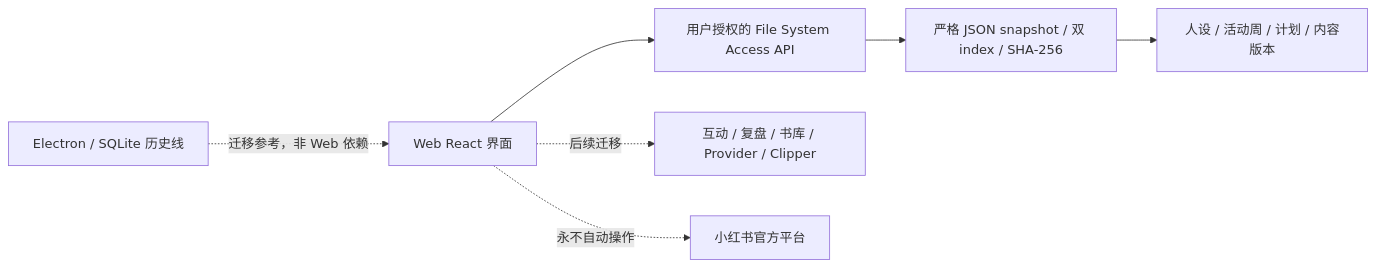
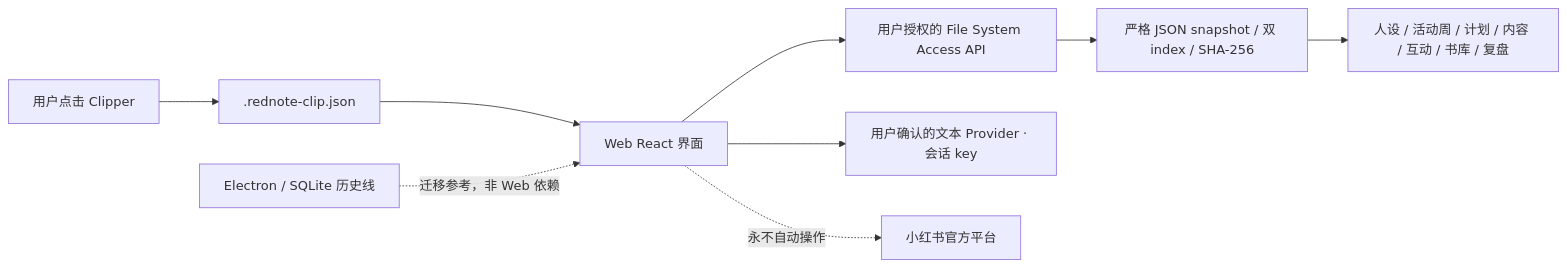
Before and after one commit to KAtOReNA7/Rednote-Automated-Operation-Tool: the diagram in README.md, drawn with Mermaid. The commit also changed other lines of this file and 14 other files, not shown here.

````diff
--- a/README.md
+++ b/README.md
@@ -147,9 +150,10 @@
 ```mermaid
 flowchart LR
     WEB["Web React 界面"] --> FSA["用户授权的 File System Access API"]
     FSA --> JSON["严格 JSON snapshot / 双 index / SHA-256"]
-    JSON --> SLICE["人设 / 活动周 / 计划 / 内容版本"]
-    WEB -. 后续迁移 .-> PROVIDERS["互动 / 复盘 / 书库 / Provider / Clipper"]
+    JSON --> SLICE["人设 / 活动周 / 计划 / 内容 / 互动 / 书库 / 复盘"]
+    WEB --> PROVIDERS["用户确认的文本 Provider · 会话 key"]
+    CLIPPER["用户点击 Clipper"] --> FILE[".rednote-clip.json"] --> WEB
     DESKTOP["Electron / SQLite 历史线"] -. 迁移参考，非 Web 依赖 .-> WEB
     WEB -. 永不自动操作 .-> PLATFORM["小红书官方平台"]
 ```
````
